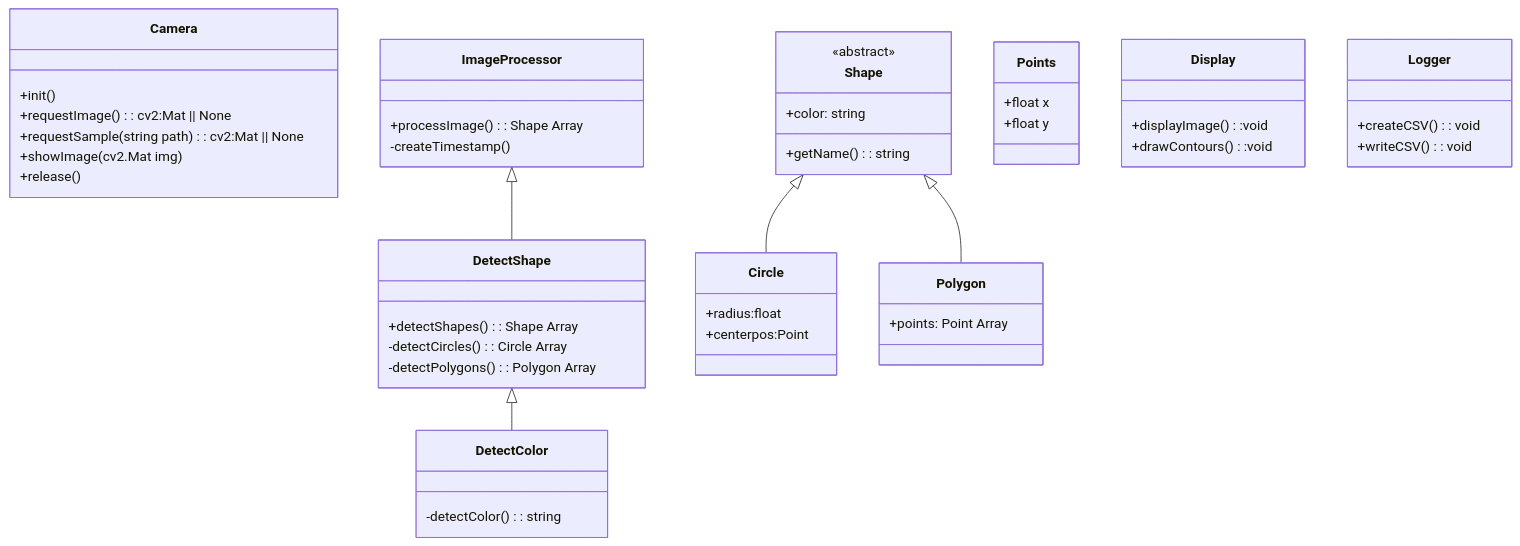
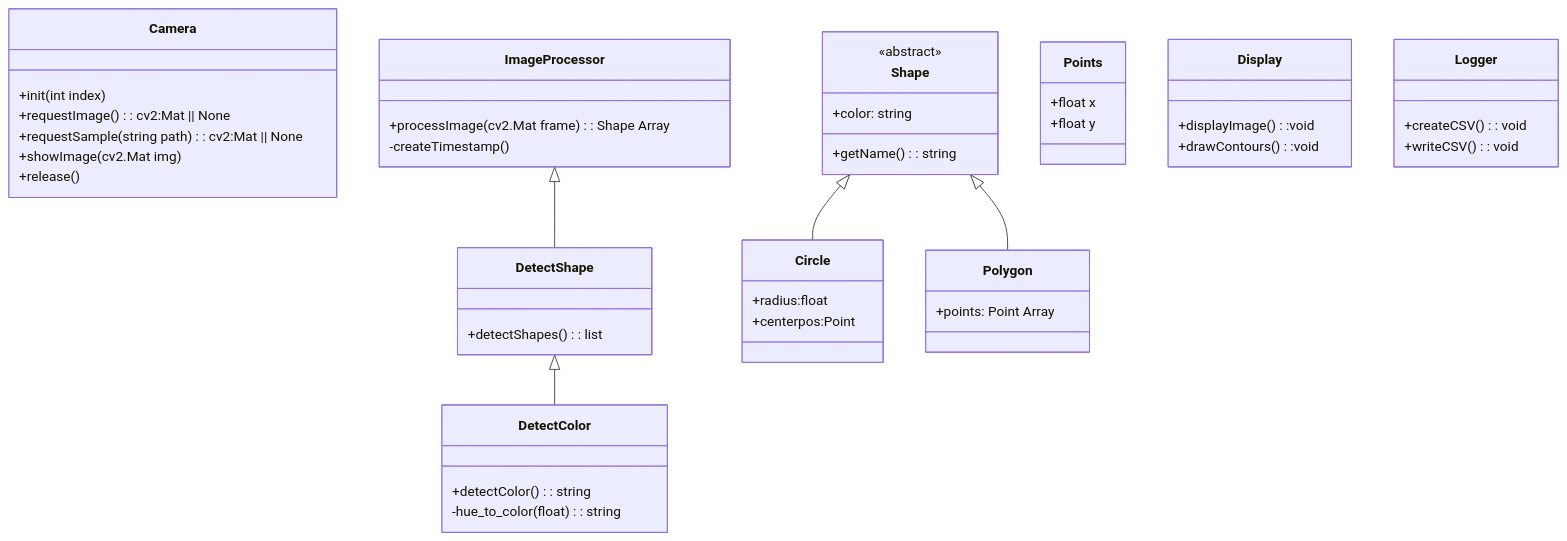
Before and after one commit to lightfreak8/fhgr-sweng: the fourth of 4 diagrams in doc/ProjectMap.md, drawn with Mermaid. The commit also changed 3 other files, not shown here.

Commit message:
add comments and adjust class diagramm

````diff
--- a/doc/ProjectMap.md
+++ b/doc/ProjectMap.md
@@ -102,61 +102,61 @@
 ```mermaid
  classDiagram
 
       class Camera{
-        +init()
+        +init(int index)
         +requestImage(): cv2:Mat || None
         +requestSample(string path): cv2:Mat || None
         +showImage(cv2.Mat img)
         +release()
       }
 
       ImageProcessor <|-- DetectShape
       class ImageProcessor{
-          +processImage(): Shape Array
+          +processImage(cv2.Mat frame): Shape Array
           -createTimestamp()
       }
 
       DetectShape <|-- DetectColor
       class DetectShape{
-        +detectShapes(): Shape Array
-        -detectCircles(): Circle Array
-        -detectPolygons(): Polygon Array
+        +detectShapes(): list
       }
 
       Shape <|-- Circle
       Shape <|-- Polygon
 
       class Points{
         +float x
         +float y
       }
       class Shape{
         <<abstract>>
         +getName(): string
         +color: string
 
       }
       class Circle{
         +radius:float
         +centerpos:Point
 
       }
       class Polygon{
         +points: Point Array
       }
 
       class DetectColor{
-          -detectColor(): string
+
+          +detectColor(): string
+          -hue_to_color(float): string
       }
 
       class Display{
           +displayImage():void
           +drawContours():void
       }
 
       class Logger{
           +createCSV(): void
           +writeCSV(): void
       }
 
 ```
````
